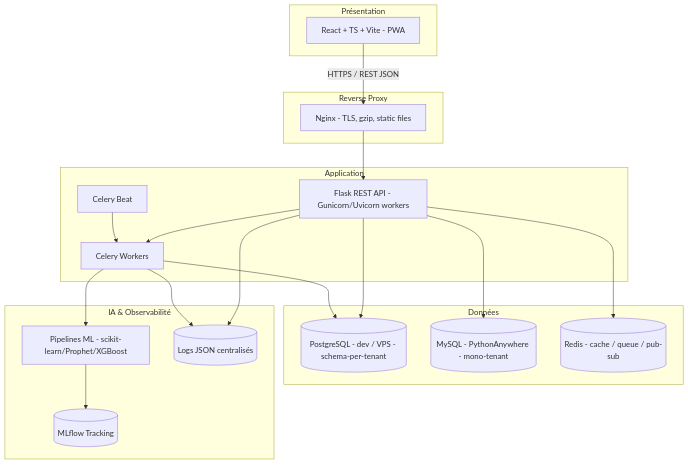
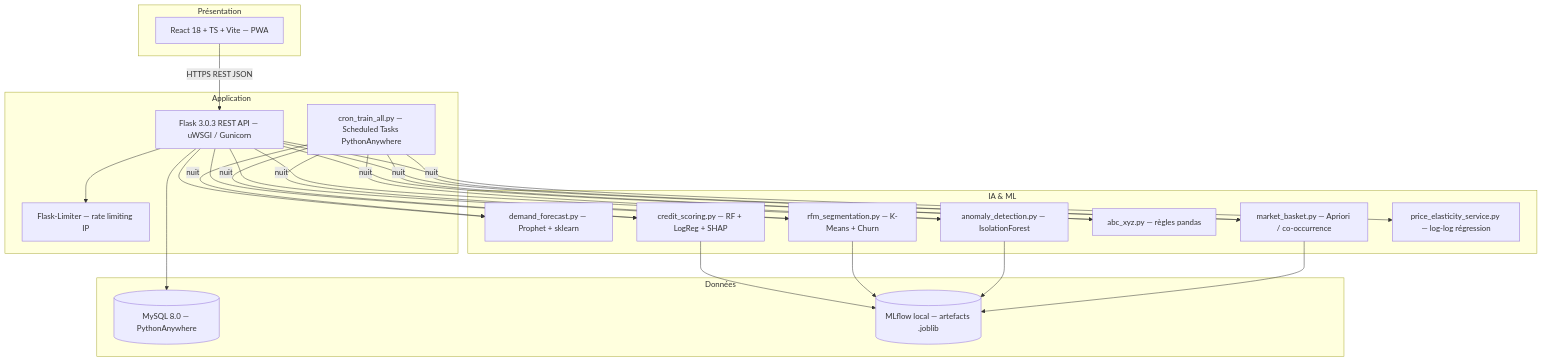
One commit to MannuPy/Gec_com changed the first of 5 diagrams in docs/08-ARCHITECTURE-TECHNIQUE.md. Above: the diagram before and after it, drawn with Mermaid. The commit also changed other lines of this file and 88 other files, not shown here.

````diff
--- a/docs/08-ARCHITECTURE-TECHNIQUE.md
+++ b/docs/08-ARCHITECTURE-TECHNIQUE.md
@@ -7,35 +11,31 @@
 ```mermaid
 flowchart TB
     subgraph Présentation
-        WEB[React + TS + Vite - PWA]
-    end
-    subgraph Reverse Proxy
-        NGINX[Nginx - TLS, gzip, static files]
+        WEB[React 18 + TS + Vite — PWA]
     end
     subgraph Application
-        API[Flask REST API - Gunicorn/Uvicorn workers]
-        CELERY[Celery Workers]
-        BEAT[Celery Beat]
+        API[Flask 3.0.3 REST API — uWSGI / Gunicorn]
+        LIMITER[Flask-Limiter — rate limiting IP]
+        CRON[cron_train_all.py — Scheduled Tasks PythonAnywhere]
     end
     subgraph Données
-        PG[(PostgreSQL - dev / VPS - schema-per-tenant)]
-        MYSQL[(MySQL - PythonAnywhere - mono-tenant)]
-        REDIS[(Redis - cache / queue / pub-sub)]
+        MYSQL[(MySQL 8.0 — PythonAnywhere)]
+        MLRUNS[(MLflow local — artefacts .joblib)]
     end
-    subgraph IA & Observabilité
-        ML[Pipelines ML - scikit-learn/Prophet/XGBoost]
-        MLFLOW[(MLflow Tracking)]
-        LOGS[(Logs JSON centralisés)]
+    subgraph IA & ML
+        ML_DEMAND[demand_forecast.py — Prophet + sklearn]
+        ML_CREDIT[credit_scoring.py — RF + LogReg + SHAP]
+        ML_RFM[rfm_segmentation.py — K-Means + Churn]
+        ML_ANOMALY[anomaly_detection.py — IsolationForest]
+        ML_ABC[abc_xyz.py — règles pandas]
+        ML_BASKET[market_basket.py — Apriori / co-occurrence]
+        SVC_ELASTIC[price_elasticity_service.py — log-log régression]
     end
 
-    WEB -->|HTTPS / REST JSON| NGINX --> API
-    API --> PG
+    WEB -->|HTTPS REST JSON| API
+    API --> LIMITER
     API --> MYSQL
-    API --> REDIS
-    API --> CELERY
-    BEAT --> CELERY
-    CELERY --> PG
-    CELERY --> ML --> MLFLOW
-    API --> LOGS
-    CELERY --> LOGS
+    API --> ML_DEMAND & ML_CREDIT & ML_RFM & ML_ANOMALY & ML_ABC & ML_BASKET & SVC_ELASTIC
+    ML_CREDIT & ML_RFM & ML_ANOMALY & ML_BASKET --> MLRUNS
+    CRON -->|nuit| ML_DEMAND & ML_CREDIT & ML_RFM & ML_ANOMALY & ML_ABC & ML_BASKET
 ```
````
